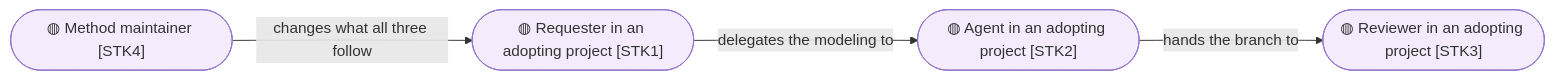
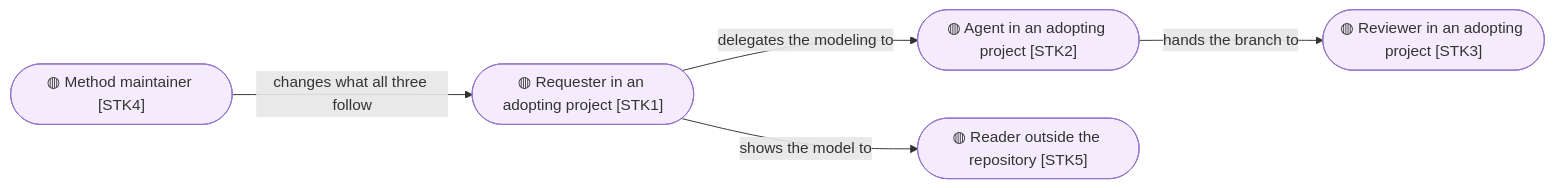
Before and after one commit to roanboc/architecture-archreator: the second of 4 diagrams in product-archreator/architecture/1_strategy/1_motivation.md, drawn with Mermaid. The commit also changed other lines of this file and 9 other files, not shown here.

````diff
--- a/product-archreator/architecture/1_strategy/1_motivation.md
+++ b/product-archreator/architecture/1_strategy/1_motivation.md
@@ -53,13 +53,15 @@
 ```mermaid
 flowchart LR
   stk1(["◍ Requester in an adopting project [STK1]"]):::stakeholder
   stk2(["◍ Agent in an adopting project [STK2]"]):::stakeholder
   stk3(["◍ Reviewer in an adopting project [STK3]"]):::stakeholder
   stk4(["◍ Method maintainer [STK4]"]):::stakeholder
+  stk5(["◍ Reader outside the repository [STK5]"]):::stakeholder
 
   stk1 -->|delegates the modeling to| stk2
   stk2 -->|hands the branch to| stk3
   stk4 -->|changes what all three follow| stk1
+  stk1 -->|shows the model to| stk5
 
   classDef stakeholder fill:#f4ecfc,stroke:#9575cd,color:#333
 ```
````
